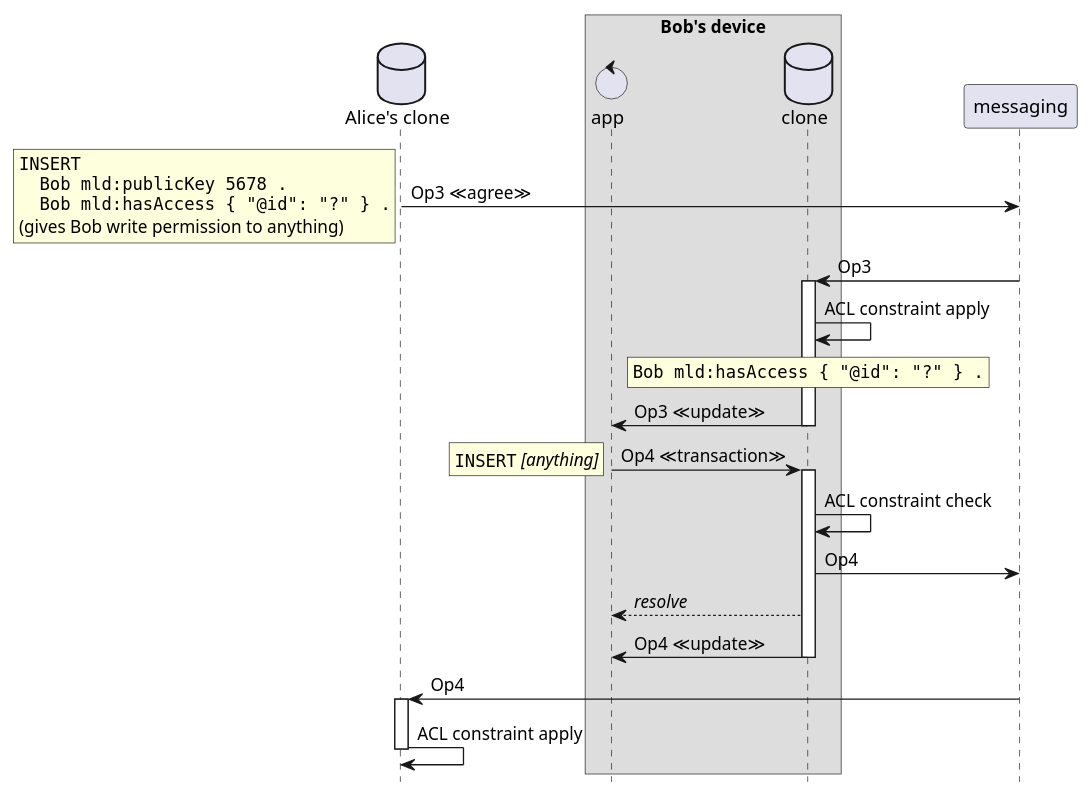
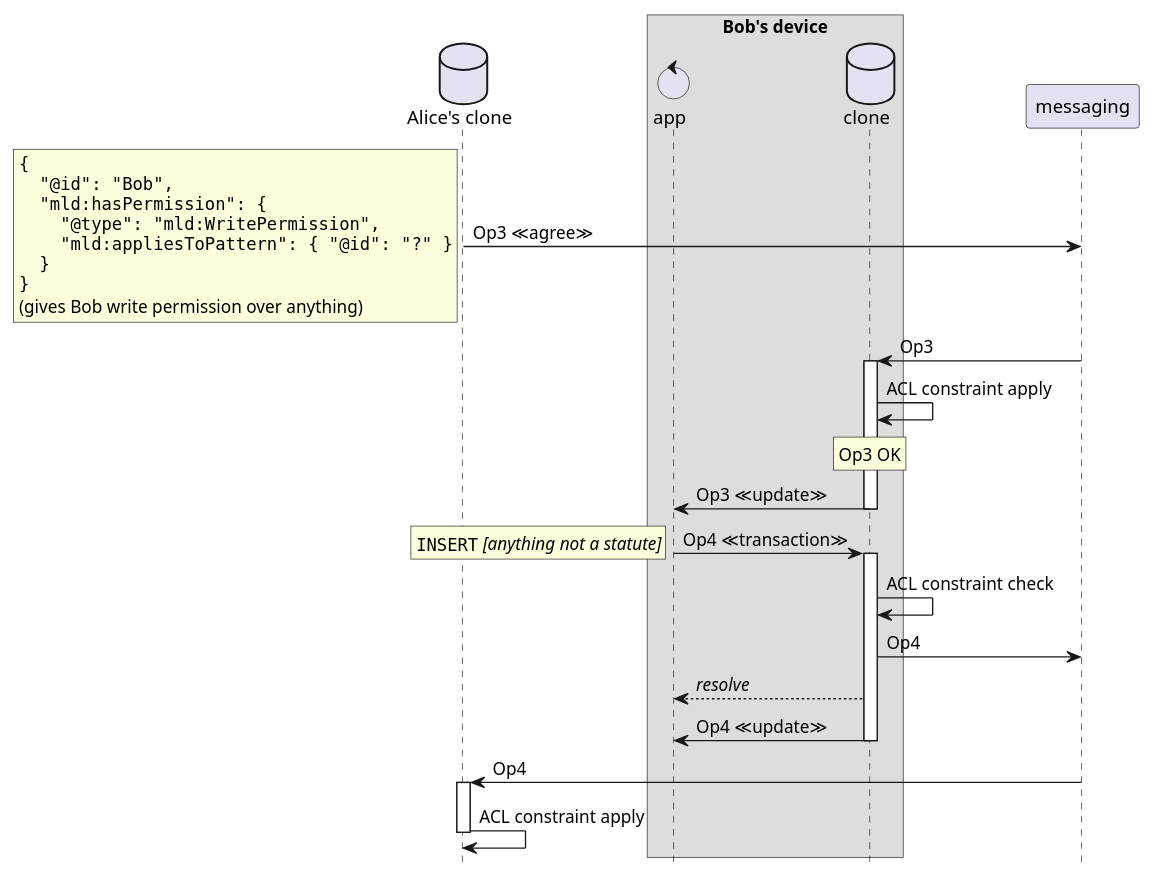
Before and after one commit to m-ld/m-ld-security-spec: the diagram in design/3-grant-bob-access.seq.puml, drawn with PlantUML. The commit also changed 24 other files, not shown here.

```diff
--- a/design/3-grant-bob-access.seq.puml
+++ b/design/3-grant-bob-access.seq.puml
@@ -1,37 +1,41 @@
 @startuml
 'https://plantuml.com/sequence-diagram
 hide footbox
 
 database "Alice's clone" as genesis
 box Bob's device
 control "app" as proc2
 database "clone" as clone2
 end box
 
 genesis -> messaging: Op3 ≪agree≫
 rnote left
 <code>
-INSERT
-  Bob mld:publicKey 5678 .
-  Bob mld:hasAccess { "@id": "?" } .
+{
+  "@id": "Bob",
+  "mld:hasPermission": {
+    "@type": "mld:WritePermission",
+    "mld:appliesToPattern": { "@id": "?" }
+  }
+}
 </code>
-(gives Bob write permission to anything)
+(gives Bob write permission over anything)
 end note
 
 messaging -> clone2 ++: Op3
 clone2 -> clone2: ACL constraint apply
-rnote over clone2: ""Bob mld:hasAccess { "@id": "?" } .""
+rnote over clone2: Op3 OK
 clone2 -> proc2 --: Op3 ≪update≫
 
 proc2 -> clone2 ++: Op4 ≪transaction≫
-rnote left: ""INSERT"" //[anything]//
+rnote left: ""INSERT"" //[anything not a statute]//
 
 clone2 -> clone2: ACL constraint check
 
 clone2 -> messaging: Op4
 clone2 --> proc2: //resolve//
 clone2 -> proc2 --: Op4 ≪update≫
 messaging -> genesis ++: Op4
 genesis -> genesis --: ACL constraint apply
 
 @enduml
```
